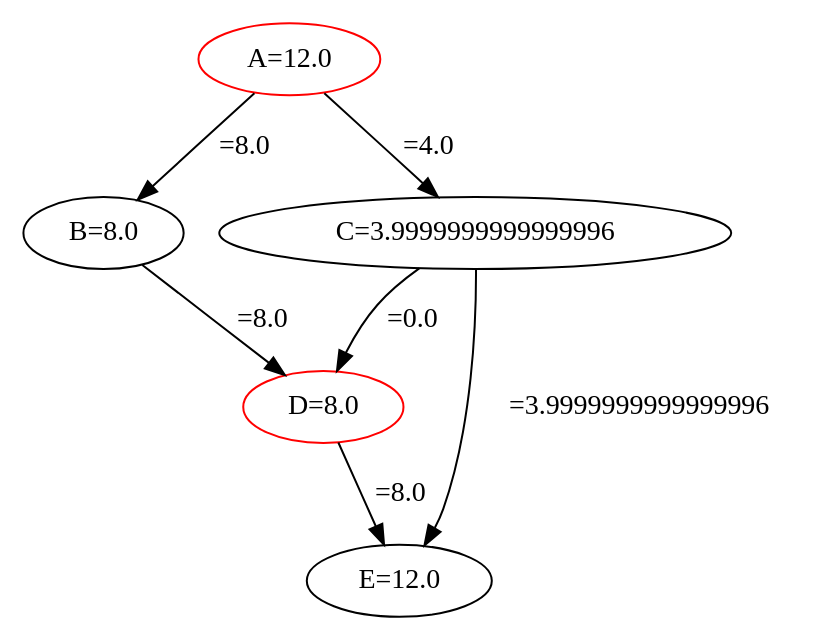
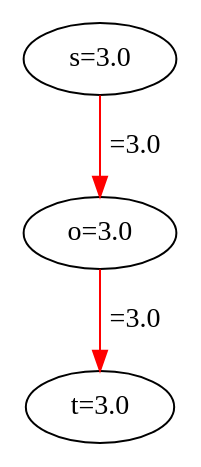
One commit to migueltoro/ada_v2_18 changed the diagram in java/EjemplosDeGrafos/ficheros/flow1Soluciones.gv. Above: the diagram before and after it, drawn with Graphviz. The commit also changed 5 other files, not shown here.

```diff
--- a/java/EjemplosDeGrafos/ficheros/flow1Soluciones.gv
+++ b/java/EjemplosDeGrafos/ficheros/flow1Soluciones.gv
@@ -1,13 +1,7 @@
 strict digraph G {
-  1 [ label="A=12.0" color="red" ];
-  2 [ label="B=8.0" ];
-  3 [ label="C=3.9999999999999996" ];
-  4 [ label="D=8.0" color="red" ];
-  5 [ label="E=12.0" ];
-  1 -> 3 [ label="=4.0" ];
-  1 -> 2 [ label="=8.0" ];
-  2 -> 4 [ label="=8.0" ];
-  3 -> 4 [ label="=0.0" ];
-  3 -> 5 [ label="=3.9999999999999996" ];
-  4 -> 5 [ label="=8.0" ];
+  1 [ label="s=3.0" ];
+  2 [ label="o=3.0" ];
+  3 [ label="t=3.0" ];
+  1 -> 2 [ label="=3.0" color="red" ];
+  2 -> 3 [ label="=3.0" color="red" ];
 }
```
